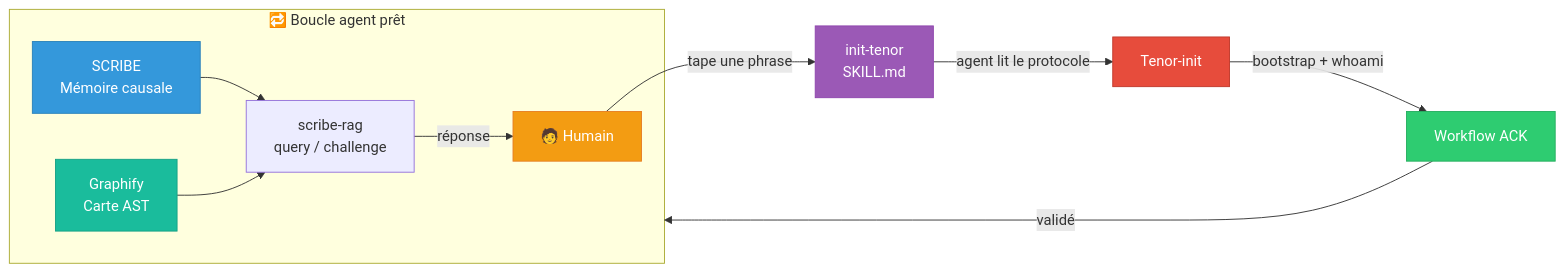
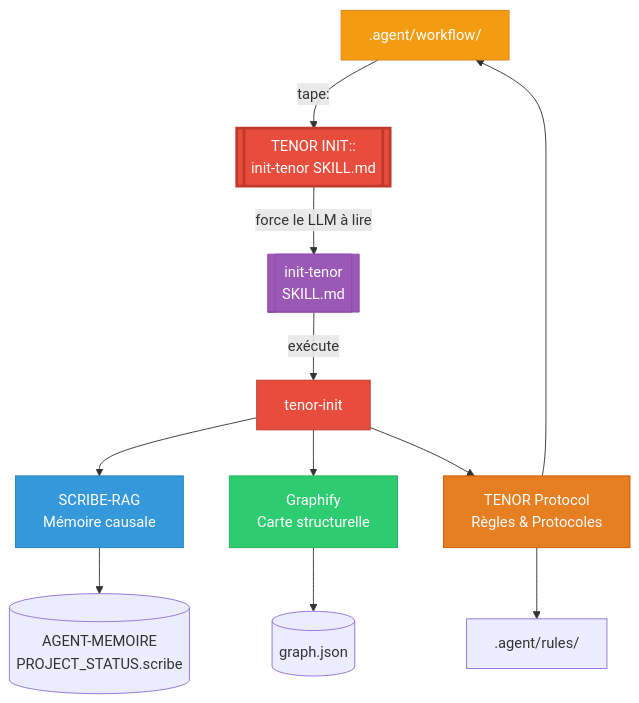
Before and after one commit to jackjosias/agent-scribe-graphify: the diagram in README.md, drawn with Mermaid. The commit also changed other lines of this file, not shown here.

Commit message:
docs(readme): restore simple mermaid, add lifecycle phases (when LLM reads/writes SCRIBE/Graphify)

````diff
--- a/README.md
+++ b/README.md
@@ -58,20 +58,23 @@
 ```mermaid
-graph LR
-    H[🧑 Humain] -->|tape une phrase| I[init-tenor<br/>SKILL.md]
-    I -->|agent lit le protocole| T[Tenor-init]
-    T -->|bootstrap + whoami| W[Workflow ACK]
-    W -->|validé| R[🔁 Boucle agent]
+graph TD
+    H[🧑 Humain] -->|tape:| I[[TENOR INIT::<br/>init-tenor SKILL.md]]
+    I -->|force le LLM à lire| T[[init-tenor<br/>SKILL.md]]
+    T -->|exécute| TENOR[tenor-init]
 
-    subgraph R[🔁 Boucle agent prêt]
-        S[SCRIBE<br/>Mémoire causale] --> Q[scribe-rag<br/>query / challenge]
-        G[Graphify<br/>Carte AST] --> Q
-        Q -->|réponse| H
-    end
+    TENOR --> B[SCRIBE-RAG<br/>Mémoire causale]
+    TENOR --> C[Graphify<br/>Carte structurelle]
+    TENOR --> D[TENOR Protocol<br/>Règles & Protocoles]
+
+    B --> E[(AGENT-MEMOIRE<br/>PROJECT_STATUS.scribe)]
+    C --> F[(graph.json)]
+    D --> G[.agent/rules/]
+    D --> H[.agent/workflow/]
 
     style H fill:#f39c12,stroke:#e67e22,color:#fff
-    style I fill:#9b59b6,stroke:#8e44ad,color:#fff
-    style T fill:#e74c3c,stroke:#c0392b,color:#fff
-    style W fill:#2ecc71,stroke:#27ae60,color:#fff
-    style S fill:#3498db,stroke:#2980b9,color:#fff
-    style G fill:#1abc9c,stroke:#16a085,color:#fff
+    style I fill:#e74c3c,stroke:#c0392b,color:#fff,stroke-width:3px
+    style T fill:#9b59b6,stroke:#8e44ad,color:#fff
+    style TENOR fill:#e74c3c,stroke:#c0392b,color:#fff
+    style B fill:#3498db,stroke:#2980b9,color:#fff
+    style C fill:#2ecc71,stroke:#27ae60,color:#fff
+    style D fill:#e67e22,stroke:#d35400,color:#fff
 ```
````
